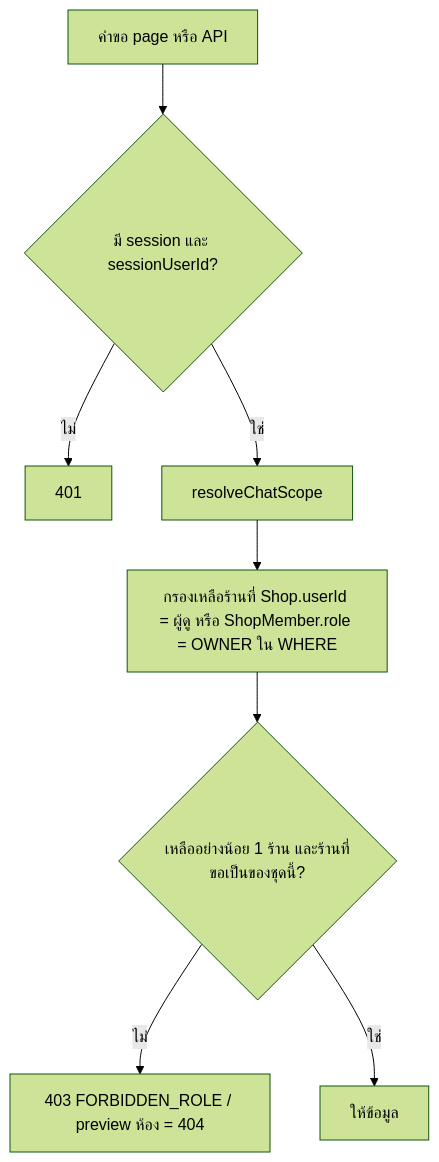
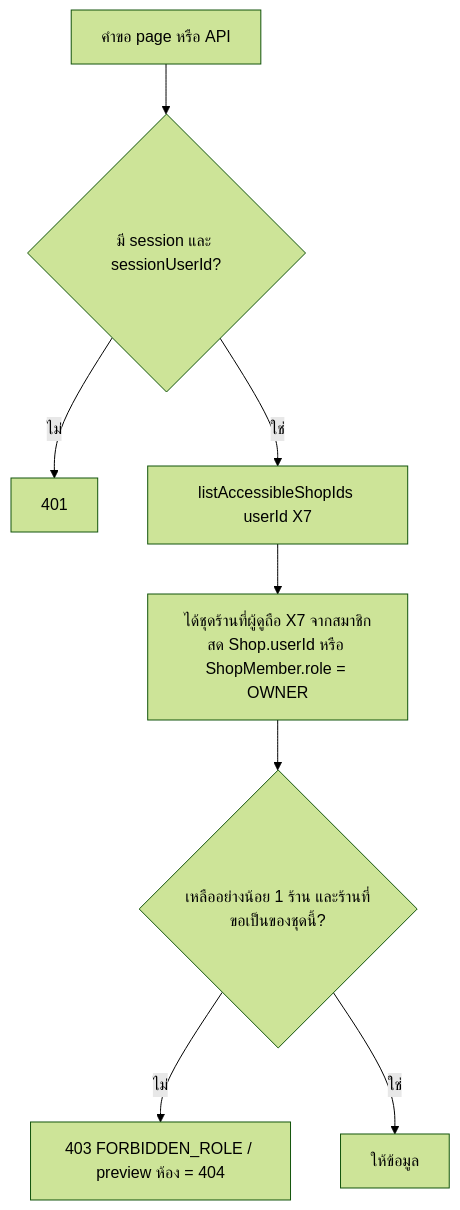
One commit to CodeCooLTH/deep-web changed the second of 2 diagrams in docs/20 - Features/00077 - Chat Desk/BRD.md. Above: the diagram before and after it, drawn with Mermaid (forest theme). The commit also changed other lines of this file and 9 other files, not shown here.

````diff
--- a/docs/20 - Features/00077 - Chat Desk/BRD.md
+++ b/docs/20 - Features/00077 - Chat Desk/BRD.md
@@ -197,10 +197,10 @@
 ```mermaid
 flowchart TD
     A[คำขอ page หรือ API] --> B{มี session และ sessionUserId?}
     B -- ไม่ --> X1[401]
-    B -- ใช่ --> C[resolveChatScope]
-    C --> D[กรองเหลือร้านที่ Shop.userId = ผู้ดู หรือ ShopMember.role = OWNER ใน WHERE]
+    B -- ใช่ --> C[listAccessibleShopIds userId X7]
+    C --> D[ได้ชุดร้านที่ผู้ดูถือ X7 จากสมาชิกสด Shop.userId หรือ ShopMember.role = OWNER]
     D --> E{เหลืออย่างน้อย 1 ร้าน และร้านที่ขอเป็นของชุดนี้?}
     E -- ไม่ --> X2[403 FORBIDDEN_ROLE / preview ห้อง = 404]
     E -- ใช่ --> F[ให้ข้อมูล]
 ```
````
